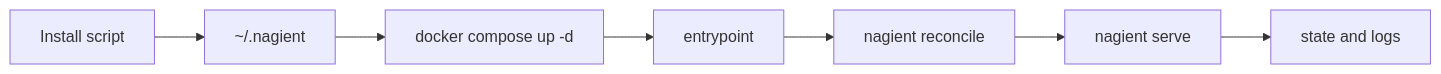
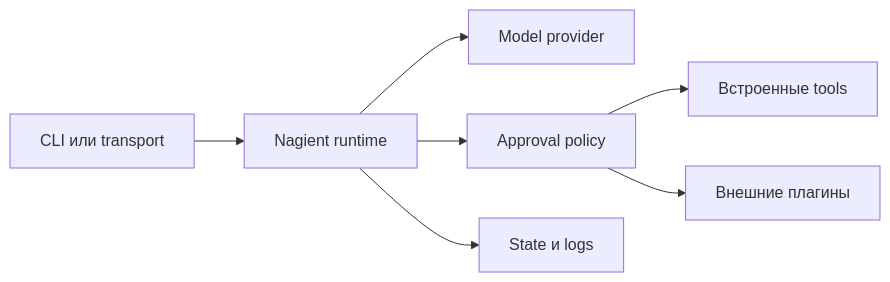
The diagram in README.ru.md (KOSFin/nagient), drawn with Mermaid before and after one commit. The commit also changed other lines of this file and 74 other files, not shown here.

````diff
--- a/README.ru.md
+++ b/README.ru.md
@@ -176,9 +130,9 @@
 ```mermaid
 flowchart LR
-	A[Install script] --> B[~/.nagient]
-	B --> C[docker compose up -d]
-	C --> D[entrypoint]
-	D --> E[nagient reconcile]
-	E --> F[nagient serve]
-	F --> G[state and logs]
+    U[CLI или transport] --> R[Nagient runtime]
+    R --> P[Model provider]
+    R --> A[Approval policy]
+    A --> T[Встроенные tools]
+    A --> X[Внешние плагины]
+    R --> S[State и logs]
 ```
````
